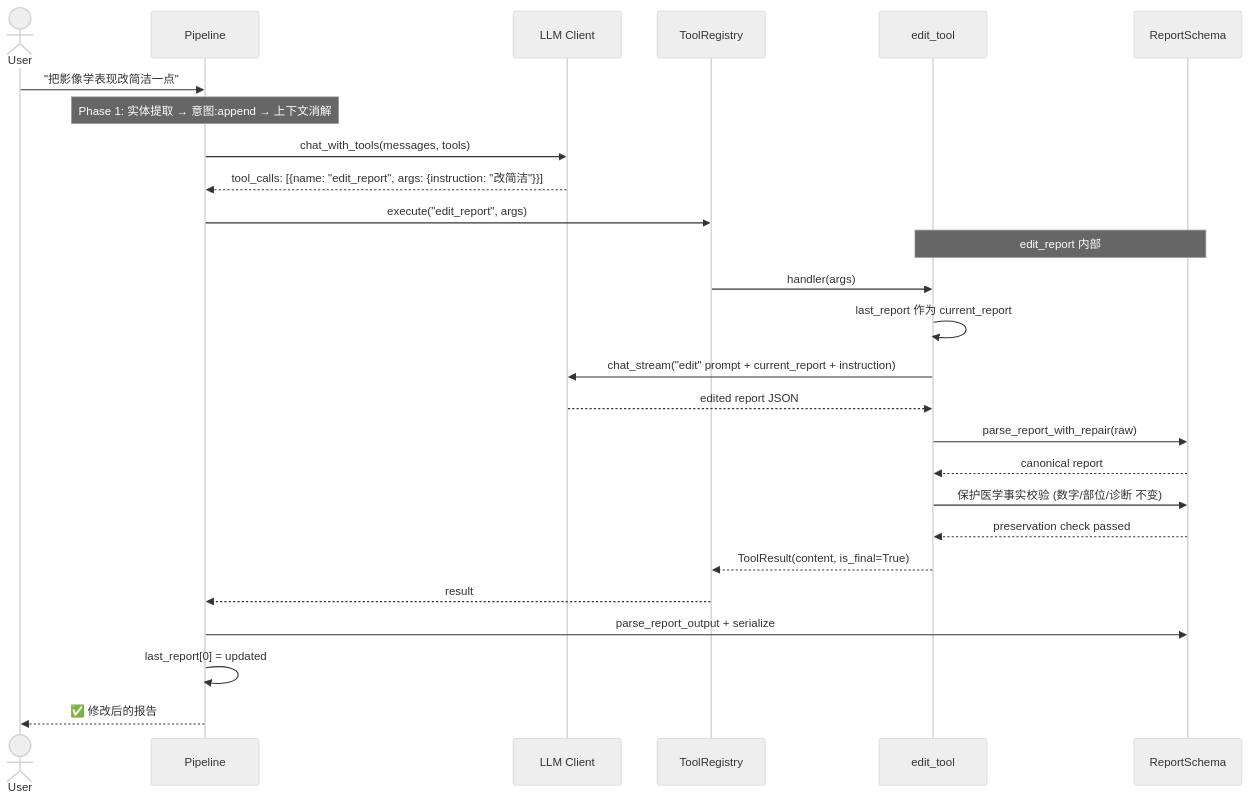
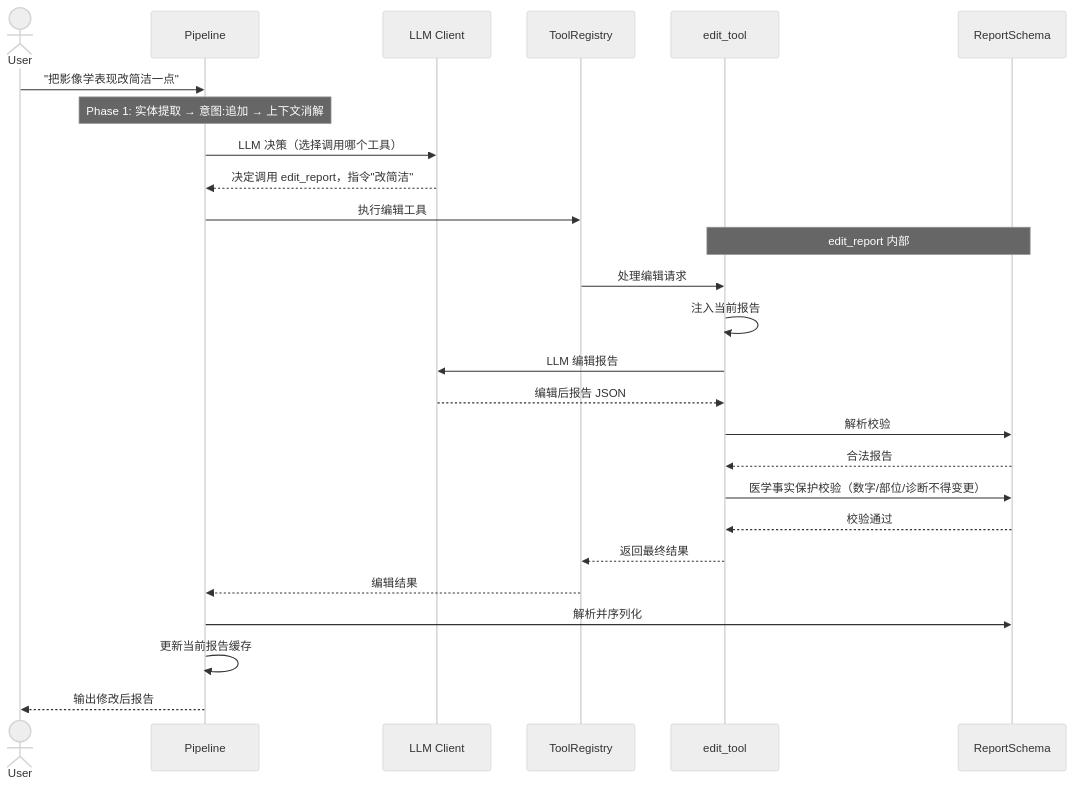
Before and after one commit to cw12309/report-generation: the diagram in docs/uml/05_edit_report.md, drawn with Mermaid (neutral theme). The commit also changed 9 other files, not shown here.

````diff
--- a/docs/uml/05_edit_report.md
+++ b/docs/uml/05_edit_report.md
@@ -3,39 +3,39 @@
 ```mermaid
 sequenceDiagram
     actor User
     participant Pipe as Pipeline
     participant LLM as LLM Client
     participant TR as ToolRegistry
     participant Edit as edit_tool
     participant RS as ReportSchema
 
     User->>Pipe: "把影像学表现改简洁一点"
 
-    Note over Pipe: Phase 1: 实体提取 → 意图:append → 上下文消解
+    Note over Pipe: Phase 1: 实体提取 → 意图:追加 → 上下文消解
 
-    Pipe->>LLM: chat_with_tools(messages, tools)
-    LLM-->>Pipe: tool_calls: [{name: "edit_report", args: {instruction: "改简洁"}}]
+    Pipe->>LLM: LLM 决策（选择调用哪个工具）
+    LLM-->>Pipe: 决定调用 edit_report，指令"改简洁"
 
-    Pipe->>TR: execute("edit_report", args)
+    Pipe->>TR: 执行编辑工具
 
     Note over Edit,RS: edit_report 内部
 
-    TR->>Edit: handler(args)
-    Edit->>Edit: last_report 作为 current_report
+    TR->>Edit: 处理编辑请求
+    Edit->>Edit: 注入当前报告
 
-    Edit->>LLM: chat_stream("edit" prompt + current_report + instruction)
-    LLM-->>Edit: edited report JSON
+    Edit->>LLM: LLM 编辑报告
+    LLM-->>Edit: 编辑后报告 JSON
 
-    Edit->>RS: parse_report_with_repair(raw)
-    RS-->>Edit: canonical report
+    Edit->>RS: 解析校验
+    RS-->>Edit: 合法报告
 
-    Edit->>RS: 保护医学事实校验 (数字/部位/诊断 不变)
-    RS-->>Edit: preservation check passed
+    Edit->>RS: 医学事实保护校验（数字/部位/诊断不得变更）
+    RS-->>Edit: 校验通过
 
-    Edit-->>TR: ToolResult(content, is_final=True)
-    TR-->>Pipe: result
+    Edit-->>TR: 返回最终结果
+    TR-->>Pipe: 编辑结果
 
-    Pipe->>RS: parse_report_output + serialize
-    Pipe->>Pipe: last_report[0] = updated
-    Pipe-->>User: ✅ 修改后的报告
+    Pipe->>RS: 解析并序列化
+    Pipe->>Pipe: 更新当前报告缓存
+    Pipe-->>User: 输出修改后报告
 ```
````
